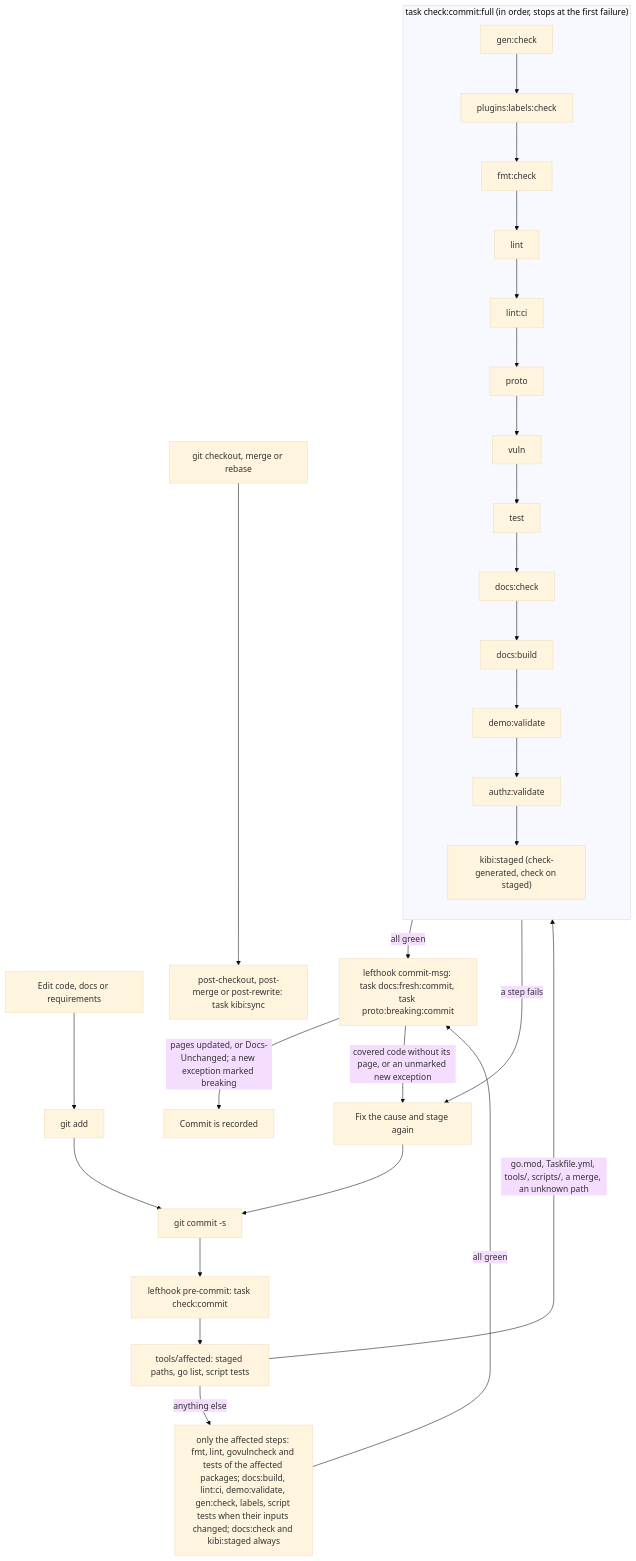
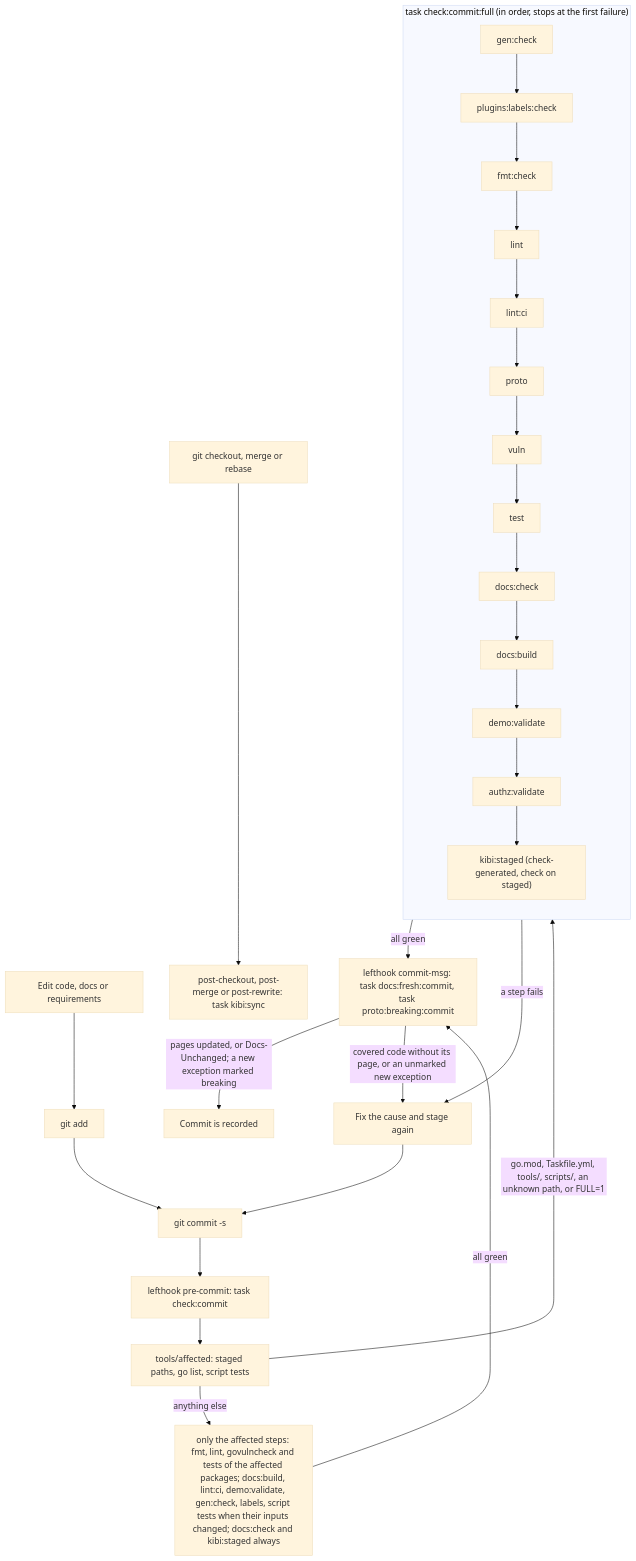
Before and after one commit to arkadiuss/openfief: the second of 5 diagrams in docs/dev/pipeline.md, drawn with Mermaid (base theme). The commit also changed other lines of this file and 60 other files, not shown here.

First line of the commit message:
build(ci): retry our downloads, cache the pinned tools, run the full check on the implementation branch

````diff
--- a/docs/dev/pipeline.md
+++ b/docs/dev/pipeline.md
@@ -170,21 +177,21 @@
 ```mermaid
 flowchart TD
   edit["Edit code, docs or requirements"] --> add["git add"]
   add --> commit["git commit -s"]
   commit --> hook["lefthook pre-commit: task check:commit"]
   hook --> sel["tools/affected: staged paths, go list, script tests"]
-  sel -->|"go.mod, Taskfile.yml, tools/, scripts/, a merge, an unknown path"| cc
+  sel -->|"go.mod, Taskfile.yml, tools/, scripts/, an unknown path, or FULL=1"| cc
   sel -->|"anything else"| part["only the affected steps: fmt, lint, govulncheck and tests of the affected packages; docs:build, lint:ci, demo:validate, gen:check, labels, script tests when their inputs changed; docs:check and kibi:staged always"]
   subgraph cc["task check:commit:full (in order, stops at the first failure)"]
     direction TB
     gen["gen:check"] --> labels["plugins:labels:check"] --> fmt["fmt:check"] --> lint["lint"] --> lintci["lint:ci"] --> proto["proto"]
     proto --> vuln["vuln"] --> test["test"] --> docs["docs:check"] --> site["docs:build"] --> dv["demo:validate"] --> az["authz:validate"] --> kibi["kibi:staged (check-generated, check on staged)"]
   end
   part -->|"all green"| msg
   cc -->|"all green"| msg["lefthook commit-msg: task docs:fresh:commit, task proto:breaking:commit"]
   msg -->|"pages updated, or Docs-Unchanged; a new exception marked breaking"| done["Commit is recorded"]
   msg -->|"covered code without its page, or an unmarked new exception"| fix
   cc -->|"a step fails"| fix["Fix the cause and stage again"]
   fix --> commit
   switch["git checkout, merge or rebase"] --> sync["post-checkout, post-merge or post-rewrite: task kibi:sync"]
 ```
````
